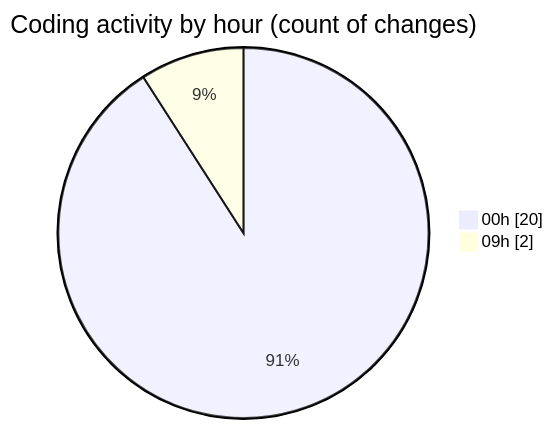
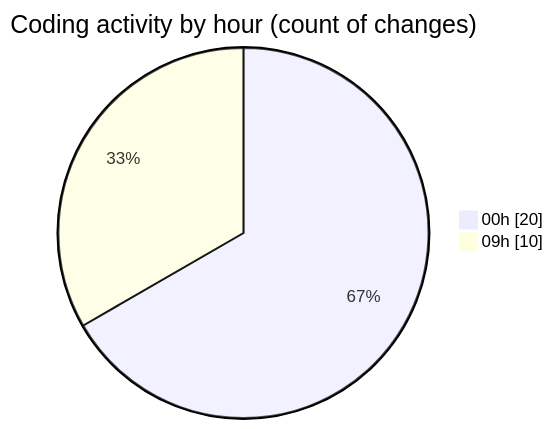
One commit to momahboobian/code-tracking changed the second of 2 diagrams in 2025-03-19/cda/README.md. Above: the diagram before and after it, drawn with Mermaid. The commit also changed other lines of this file and 1 other file, not shown here.

````diff
--- a/2025-03-19/cda/README.md
+++ b/2025-03-19/cda/README.md
@@ -30,6 +30,6 @@
 ```mermaid
 pie showData
 title Coding activity by hour (count of changes)
 "00h" : 20
-"09h" : 2
+"09h" : 10
 ```
````
